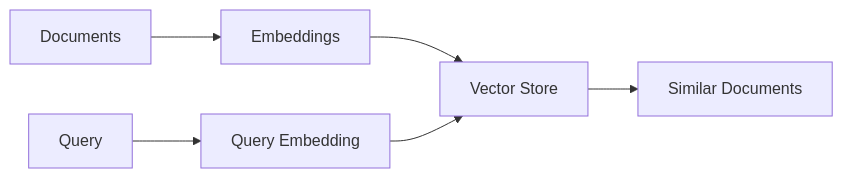
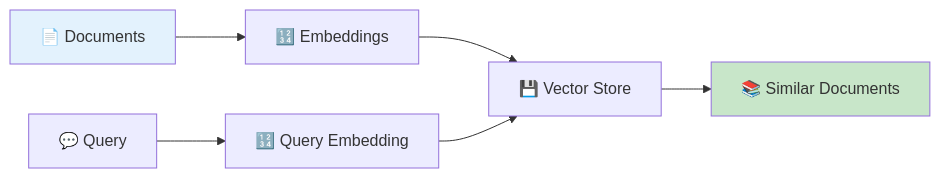
The diagram in docs/guides/vector_stores.md (gmottola00/Quaerium), drawn with Mermaid before and after one commit. The commit also changed other lines of this file and 30 other files, not shown here.

````diff
--- a/docs/guides/vector_stores.md
+++ b/docs/guides/vector_stores.md
@@ -9,8 +12,11 @@
-```{mermaid}
+```mermaid
 graph LR
-    A[Documents] --> B[Embeddings]
-    B --> C[Vector Store]
-    D[Query] --> E[Query Embedding]
+    A[📄 Documents] --> B[🔢 Embeddings]
+    B --> C[💾 Vector Store]
+    D[💬 Query] --> E[🔢 Query Embedding]
     E --> C
-    C --> F[Similar Documents]
+    C --> F[📚 Similar Documents]
+    
+    style A fill:#e3f2fd
+    style F fill:#c8e6c9
 ```
````
